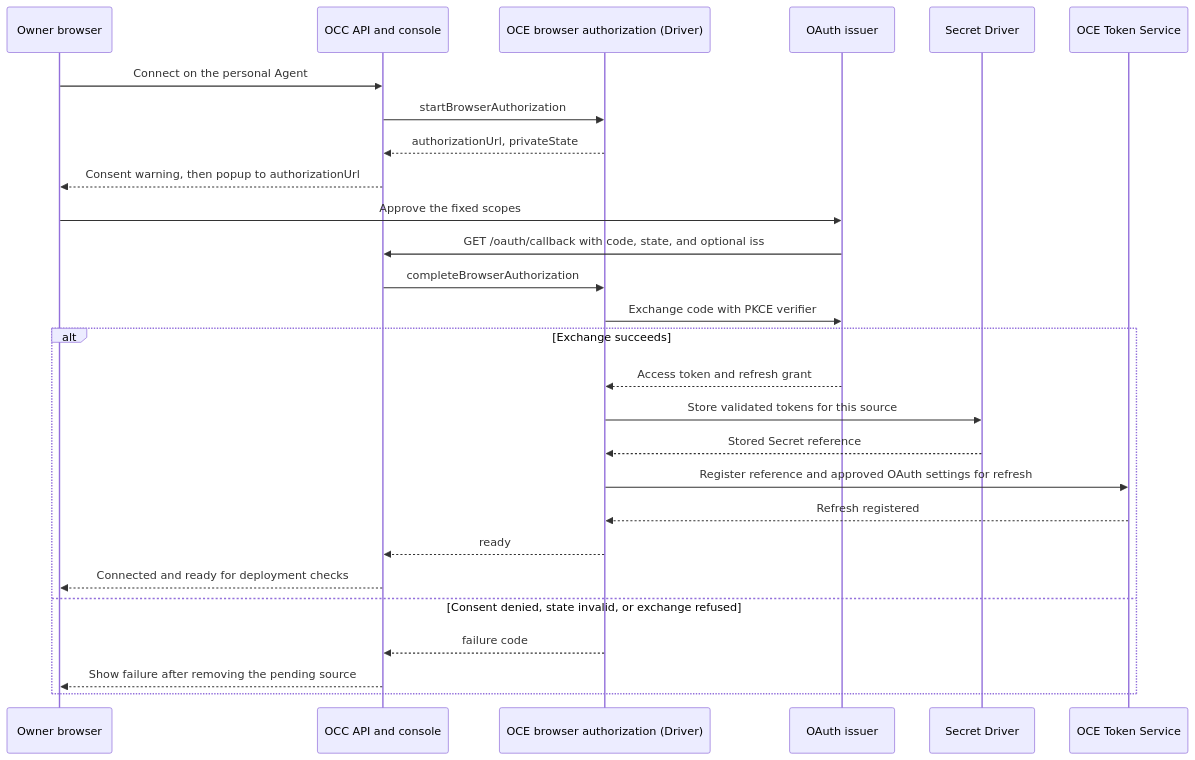
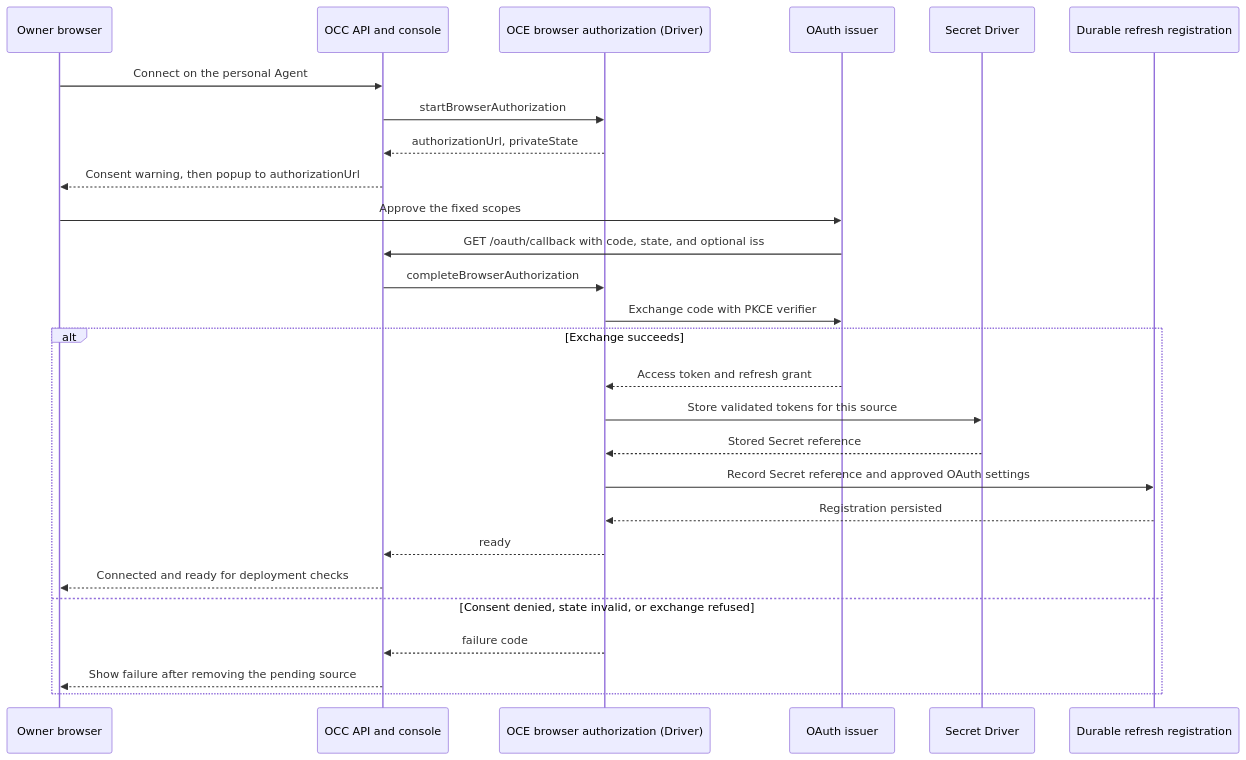
The diagram in specs/rfcs/0024-agent-oauth-connections/index.md (openclaw/openclaw-enterprise), drawn with Mermaid before and after one commit. The commit also changed other lines of this file and 1 other file, not shown here.

Commit message:
RFC-0024: Describe asynchronous OAuth refresh registration

````diff
--- a/specs/rfcs/0024-agent-oauth-connections/index.md
+++ b/specs/rfcs/0024-agent-oauth-connections/index.md
@@ -221,29 +221,29 @@
 ```mermaid
 sequenceDiagram
   participant User as Owner browser
   participant API as OCC API and console
   participant OAuth as OCE browser authorization (Driver)
   participant Issuer as OAuth issuer
   participant Secrets as Secret Driver
-  participant Tokens as OCE Token Service
+  participant Refresh as Durable refresh registration
   User->>API: Connect on the personal Agent
   API->>OAuth: startBrowserAuthorization
   OAuth-->>API: authorizationUrl, privateState
   API-->>User: Consent warning, then popup to authorizationUrl
   User->>Issuer: Approve the fixed scopes
   Issuer->>API: GET /oauth/callback with code, state, and optional iss
   API->>OAuth: completeBrowserAuthorization
   OAuth->>Issuer: Exchange code with PKCE verifier
   alt Exchange succeeds
     Issuer-->>OAuth: Access token and refresh grant
     OAuth->>Secrets: Store validated tokens for this source
     Secrets-->>OAuth: Stored Secret reference
-    OAuth->>Tokens: Register reference and approved OAuth settings for refresh
-    Tokens-->>OAuth: Refresh registered
+    OAuth->>Refresh: Record Secret reference and approved OAuth settings
+    Refresh-->>OAuth: Registration persisted
     OAuth-->>API: ready
     API-->>User: Connected and ready for deployment checks
   else Consent denied, state invalid, or exchange refused
     OAuth-->>API: failure code
     API-->>User: Show failure after removing the pending source
   end
 ```
````
